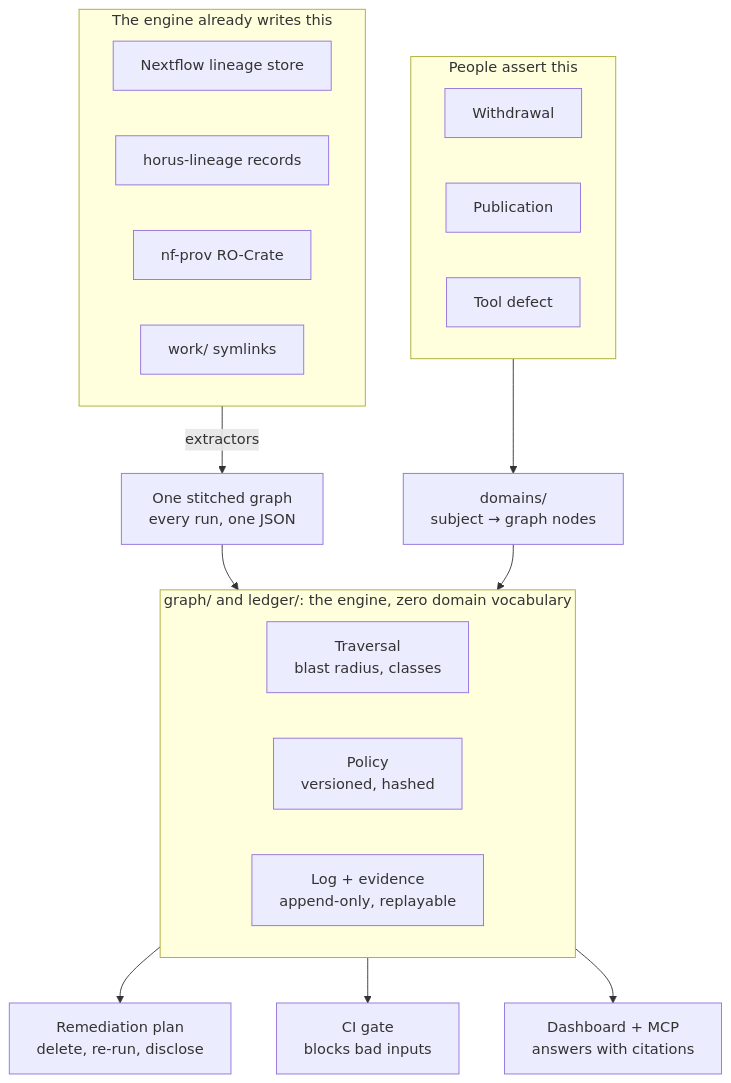
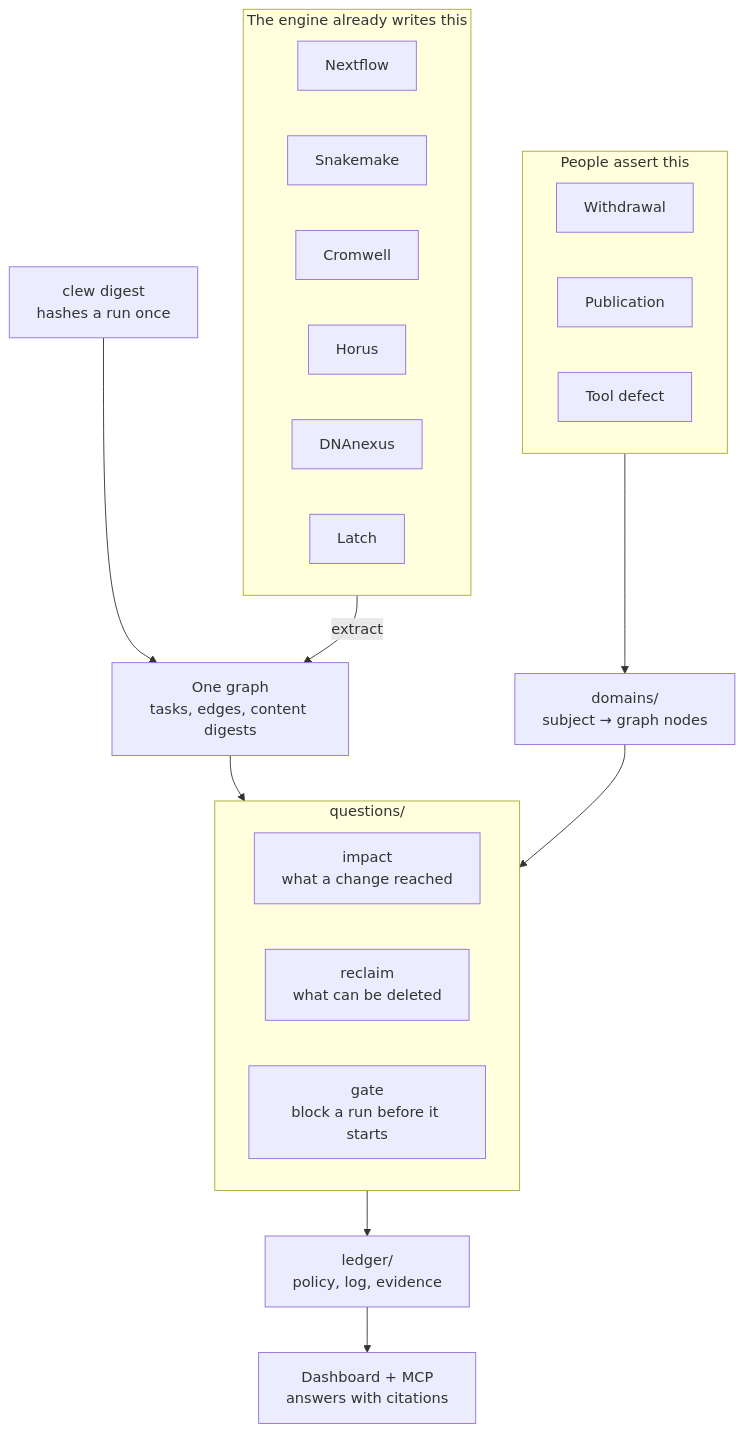
One commit to QuietFlare/clew changed the diagram in docs/architecture.md. Above: the diagram before and after it, drawn with Mermaid. The commit also changed other lines of this file and 2 other files, not shown here.

Commit message:
Update the docs for reclaim and digests

````diff
--- a/docs/architecture.md
+++ b/docs/architecture.md
@@ -9,26 +9,28 @@
 ```mermaid
 flowchart TB
     subgraph ENG["The engine already writes this"]
-        LS["Nextflow lineage store"]
-        HL["horus-lineage records"]
-        RC["nf-prov RO-Crate"]
-        WS["work/ symlinks"]
+        NF["Nextflow"]
+        SM["Snakemake"]
+        CW["Cromwell"]
+        HZ["Horus"]
+        DX["DNAnexus"]
+        LT["Latch"]
     end
     subgraph PA["People assert this"]
         W["Withdrawal"]
         P["Publication"]
         D["Tool defect"]
     end
-    subgraph CORE["graph/ and ledger/: the engine, zero domain vocabulary"]
-        T["Traversal<br/>blast radius, classes"]
-        POL["Policy<br/>versioned, hashed"]
-        LOG["Log + evidence<br/>append-only, replayable"]
+    ENG -- extract --> G["One graph<br/>tasks, edges, content digests"]
+    DIG["clew digest<br/>hashes a run once"] --> G
+    PA --> DOM["domains/<br/>subject &rarr; graph nodes"]
+    G --> Q
+    DOM --> Q
+    subgraph Q["questions/"]
+        IMP["impact<br/>what a change reached"]
+        REC["reclaim<br/>what can be deleted"]
+        GATE["gate<br/>block a run before it starts"]
     end
-    ENG -- extractors --> G["One stitched graph<br/>every run, one JSON"]
-    PA --> DOM["domains/<br/>subject &rarr; graph nodes"]
-    G --> CORE
-    DOM --> CORE
-    CORE --> PLAN["Remediation plan<br/>delete, re-run, disclose"]
-    CORE --> GATE["CI gate<br/>blocks bad inputs"]
-    CORE --> AUD["Dashboard + MCP<br/>answers with citations"]
+    Q --> LED["ledger/<br/>policy, log, evidence"]
+    LED --> AUD["Dashboard + MCP<br/>answers with citations"]
 ```
````
